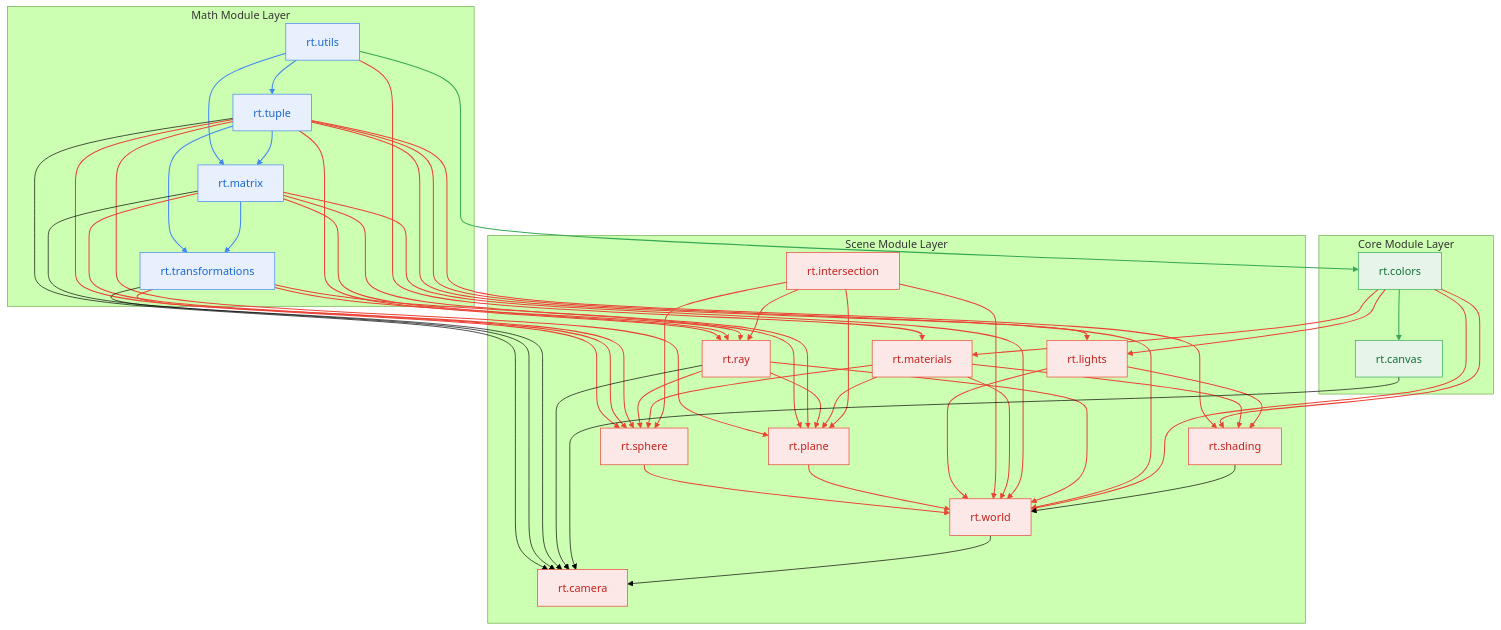
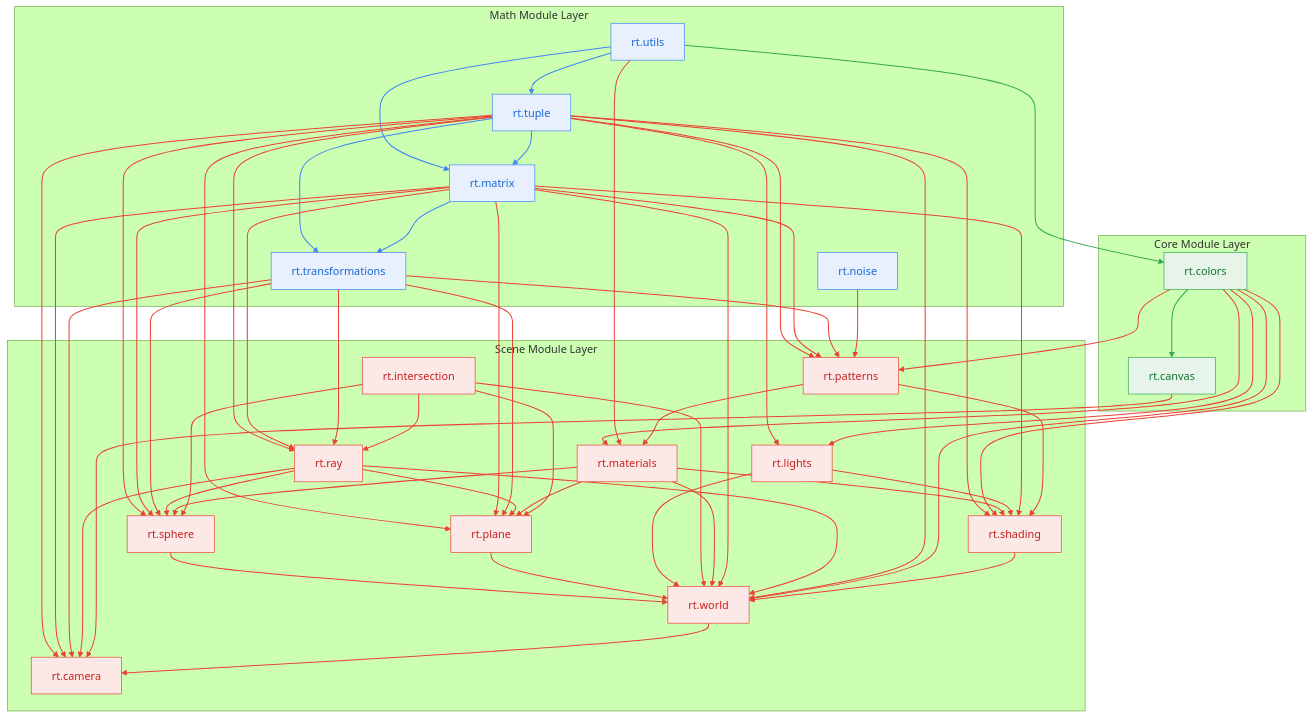
One commit to alessandrogpz/ray-tracer changed the diagram in documentation/references/C++Architecture.md. Above: the diagram before and after it, drawn with Mermaid (forest theme). The commit also changed other lines of this file and 4 other files, not shown here.

````diff
--- a/documentation/references/C++Architecture.md
+++ b/documentation/references/C++Architecture.md
@@ -40,6 +42,7 @@
         Tuple[rt.tuple]
         Matrix[rt.matrix]
         Transformations[rt.transformations]
+        Noise[rt.noise]
     end
 
     subgraph Core [Core Module Layer]
@@ -51,6 +54,7 @@
         Intersection[rt.intersection]
         Ray[rt.ray]
         Lights[rt.lights]
+        Patterns[rt.patterns]
         Materials[rt.materials]
         Sphere[rt.sphere]
         Plane[rt.plane]
@@ -119,17 +123,26 @@
     Canvas --> Camera
     World --> Camera
 
+    Tuple --> Patterns
+    Colors --> Patterns
+    Matrix --> Patterns
+    Transformations --> Patterns
+    Patterns --> Materials
+    Matrix --> Shading
+    Patterns --> Shading
+    Noise --> Patterns
+
     %% Styling
     classDef math fill:#E8F0FE,stroke:#4285F4,stroke-width:1px,color:#1967D2;
     classDef core fill:#E6F4EA,stroke:#34A853,stroke-width:1px,color:#137333;
     classDef scene fill:#FCE8E6,stroke:#EA4335,stroke-width:1px,color:#C5221F;
 
-    class Utils,Tuple,Matrix,Transformations math;
+    class Utils,Tuple,Matrix,Transformations,Noise math;
     class Colors,Canvas core;
-    class Intersection,Ray,Lights,Materials,Sphere,Plane,Shading,World,Camera scene;
+    class Intersection,Ray,Patterns,Lights,Materials,Sphere,Plane,Shading,World,Camera scene;
 
     %% Link Styling (matching target module colors)
     linkStyle 0,1,2,3,4 stroke:#4285F4,stroke-width:1.5px;
     linkStyle 5,6 stroke:#34A853,stroke-width:1.5px;
-    linkStyle 7,8,9,10,11,12,13,14,15,16,17,18,19,20,21,22,23,24,25,26,27,28,29,30,31,32,33,34,35,36,37,38,39 stroke:#EA4335,stroke-width:1.5px;
+    linkStyle 7,8,9,10,11,12,13,14,15,16,17,18,19,20,21,22,23,24,25,26,27,28,29,30,31,32,33,34,35,36,37,38,39,40,41,42,43,44,45,46,47,48,49,50,51,52,53,54 stroke:#EA4335,stroke-width:1.5px;
 ```
````
